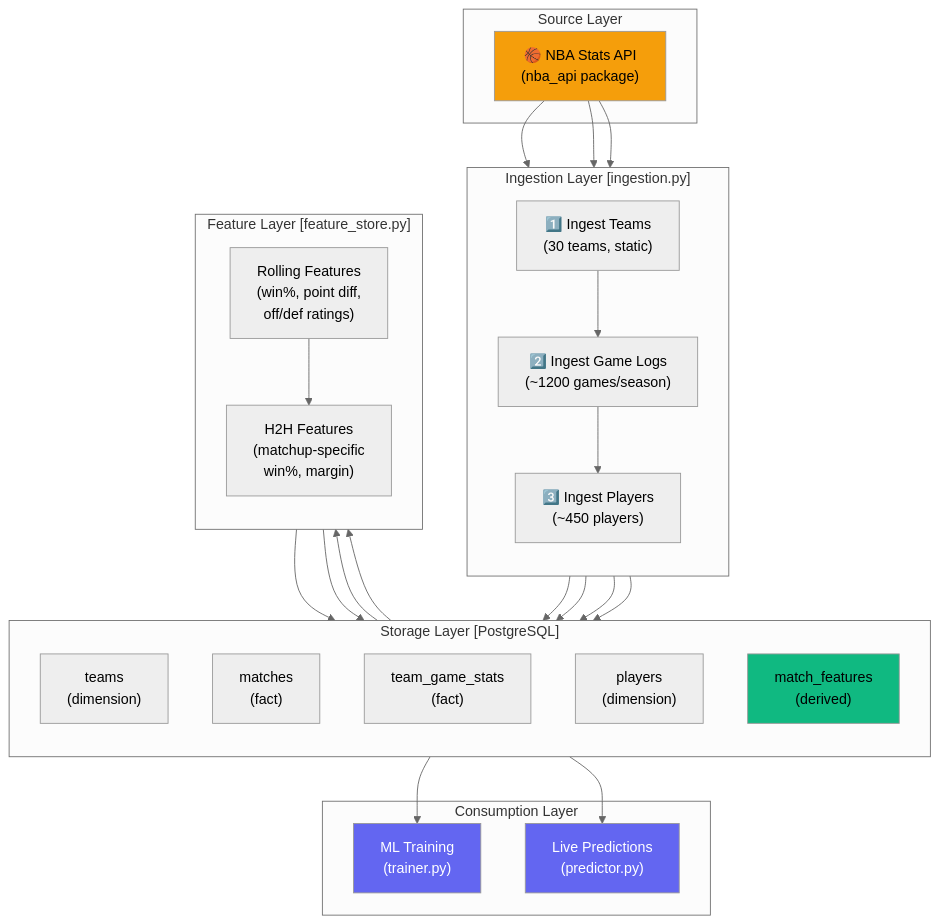
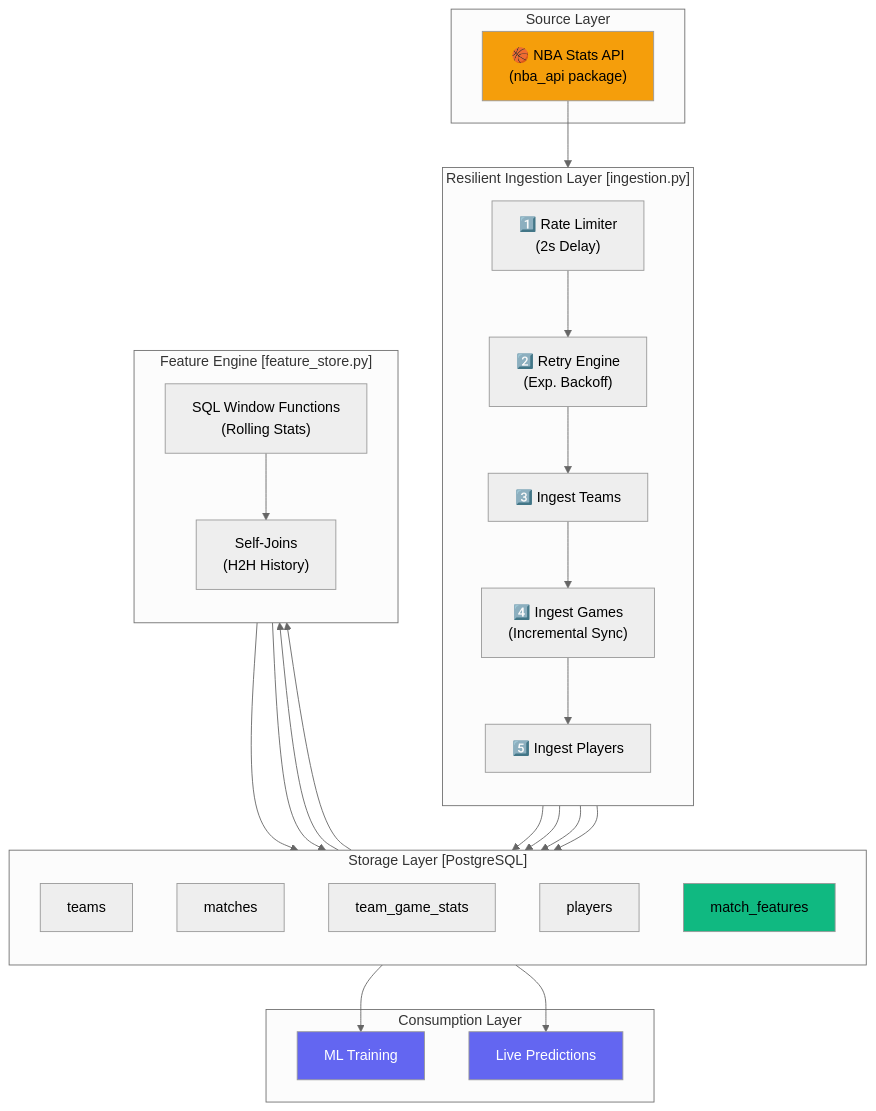
The first of 2 diagrams in docs/architecture/data-pipeline.md (Honeybadger-139/sports-analytics-intelligence), drawn with Mermaid (neutral theme) before and after one commit. The commit also changed other lines of this file and 12 other files, not shown here.

Commit message:
feat: Refactor database design documentation to dimension/fact modeling, add new ML learning notes, database schema, ingestion architecture, and introduce a config file.

````diff
--- a/docs/architecture/data-pipeline.md
+++ b/docs/architecture/data-pipeline.md
@@ -9,57 +9,53 @@
 ```mermaid
 flowchart TD
     subgraph "Source Layer"
         API["🏀 NBA Stats API<br/>(nba_api package)"]
     end
 
-    subgraph "Ingestion Layer [ingestion.py]"
+    subgraph "Resilient Ingestion Layer [ingestion.py]"
         direction TB
-        T["1️⃣ Ingest Teams<br/>(30 teams, static)"]
-        G["2️⃣ Ingest Game Logs<br/>(~1200 games/season)"]
-        P["3️⃣ Ingest Players<br/>(~450 players)"]
-        T --> G --> P
+        L["1️⃣ Rate Limiter<br/>(2s Delay)"]
+        R["2️⃣ Retry Engine<br/>(Exp. Backoff)"]
+        T["3️⃣ Ingest Teams"]
+        G["4️⃣ Ingest Games<br/>(Incremental Sync)"]
+        P["5️⃣ Ingest Players"]
+        L --> R --> T --> G --> P
     end
 
     subgraph "Storage Layer [PostgreSQL]"
         direction TB
-        DT["teams<br/>(dimension)"]
-        DM["matches<br/>(fact)"]
-        DS["team_game_stats<br/>(fact)"]
-        DP["players<br/>(dimension)"]
-        MF["match_features<br/>(derived)"]
+        DT["teams"]
+        DM["matches"]
+        DS["team_game_stats"]
+        DP["players"]
+        MF["match_features"]
     end
 
-    subgraph "Feature Layer [feature_store.py]"
+    subgraph "Feature Engine [feature_store.py]"
         direction TB
-        R["Rolling Features<br/>(win%, point diff,<br/>off/def ratings)"]
-        H["H2H Features<br/>(matchup-specific<br/>win%, margin)"]
-        R --> H
+        WF["SQL Window Functions<br/>(Rolling Stats)"]
+        H2H["Self-Joins<br/>(H2H History)"]
+        WF --> H2H
     end
 
     subgraph "Consumption Layer"
-        ML["ML Training<br/>(trainer.py)"]
-        PRED["Live Predictions<br/>(predictor.py)"]
+        ML["ML Training"]
+        PRED["Live Predictions"]
     end
 
-    API --> T
-    API --> G
-    API --> P
-
+    API --> L
     T --> DT
-    G --> DM
-    G --> DS
+    G --> DM & DS
     P --> DP
 
-    DM --> R
-    DS --> R
-    R --> MF
-    H --> MF
+    DM & DS --> WF
+    WF --> MF
+    H2H --> MF
 
-    MF --> ML
-    MF --> PRED
+    MF --> ML & PRED
 
     style API fill:#f59e0b,color:#000
     style MF fill:#10b981,color:#000
     style ML fill:#6366f1,color:#fff
     style PRED fill:#6366f1,color:#fff
 ```
````
